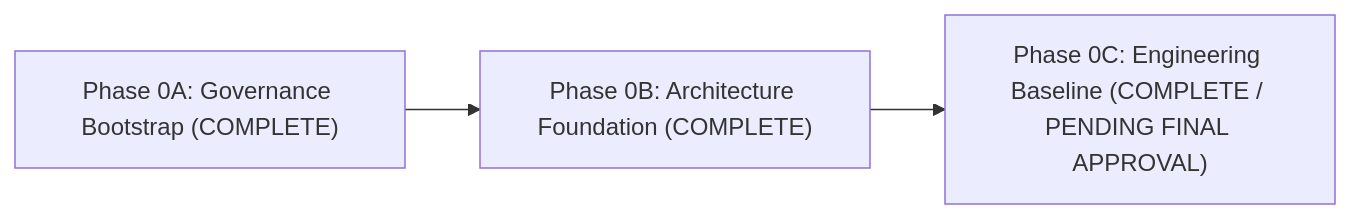
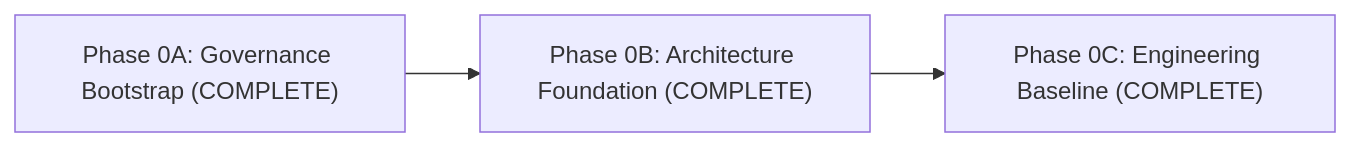
The diagram in docs/roadmap/phase-0.md (royervillegasgamarra-lab/medstudy-atlas), drawn with Mermaid before and after one commit. The commit also changed other lines of this file and 54 other files, not shown here.

````diff
--- a/docs/roadmap/phase-0.md
+++ b/docs/roadmap/phase-0.md
@@ -5,5 +5,5 @@
 ```mermaid
 flowchart LR
     A["Phase 0A: Governance Bootstrap (COMPLETE)"] --> B["Phase 0B: Architecture Foundation (COMPLETE)"]
-    B --> C["Phase 0C: Engineering Baseline (COMPLETE / PENDING FINAL APPROVAL)"]
+    B --> C["Phase 0C: Engineering Baseline (COMPLETE)"]
 ```
````
